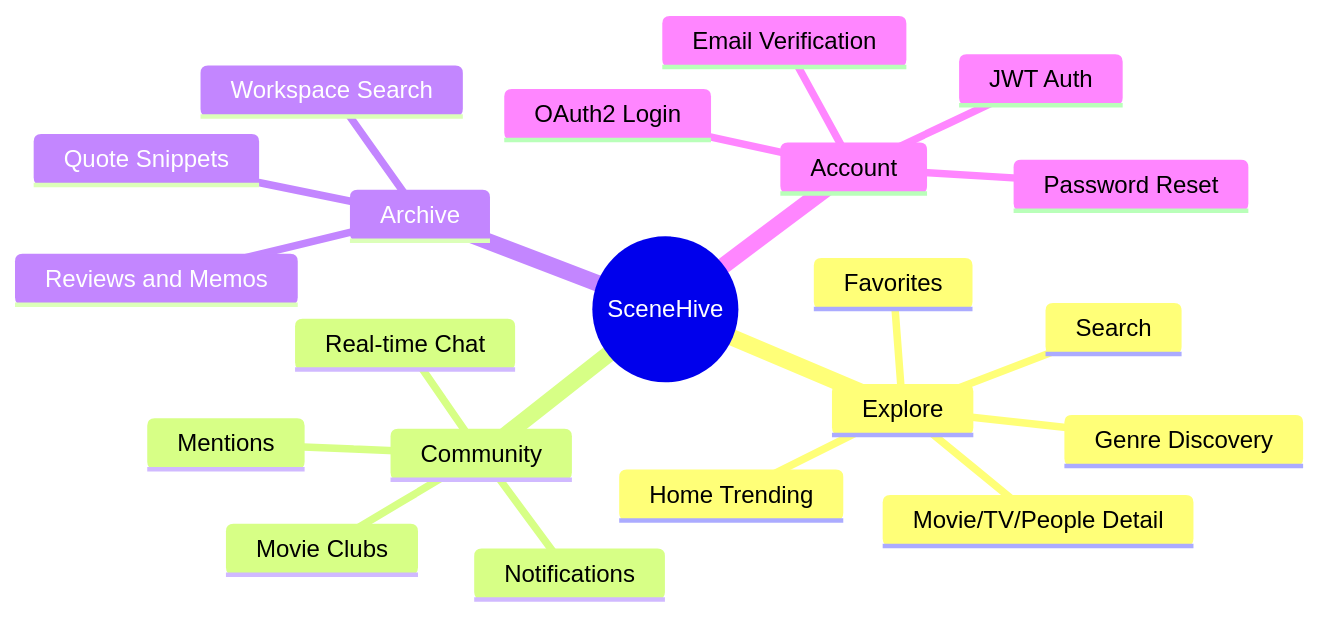
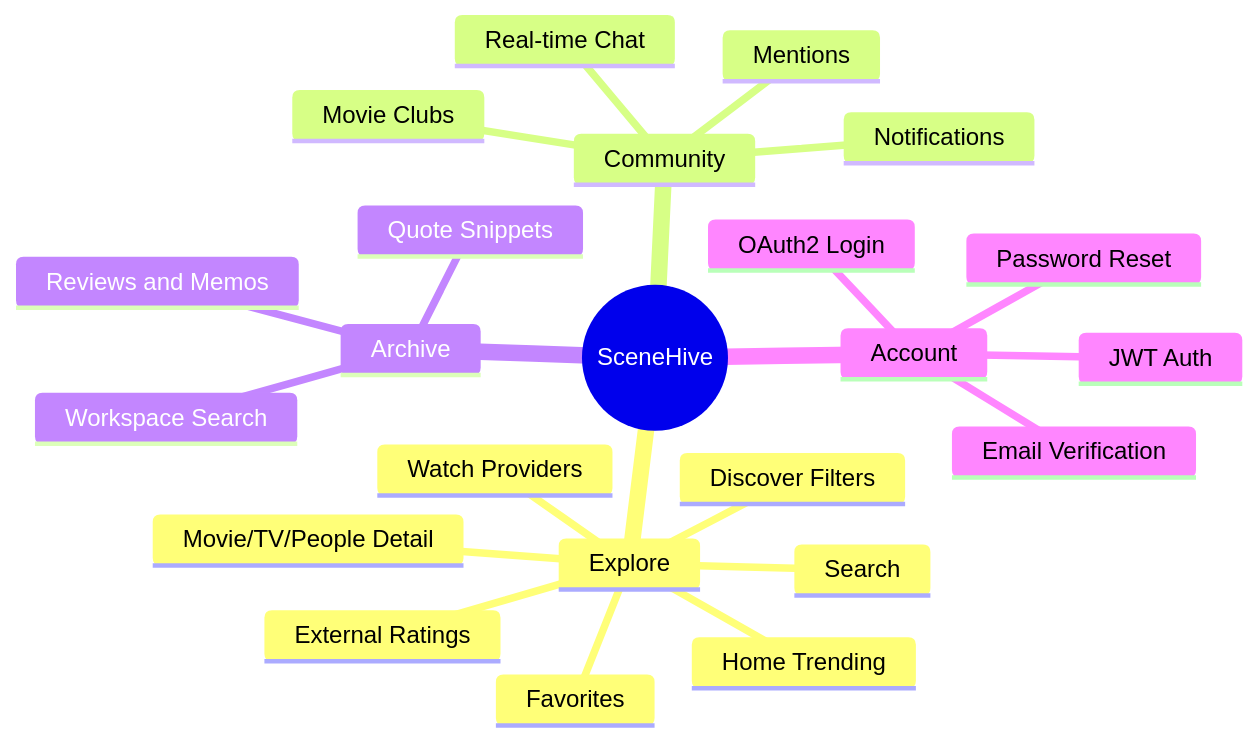
Before and after one commit to jdhert/SceneHive: the first of 8 diagrams in README.md, drawn with Mermaid. The commit also changed other lines of this file and 5 other files, not shown here.

````diff
--- a/README.md
+++ b/README.md
@@ -25,24 +26,26 @@
 ```mermaid
 mindmap
   root((SceneHive))
     Explore
       Home Trending
       Search
-      Genre Discovery
+      Discover Filters
       Movie/TV/People Detail
+      Watch Providers
+      External Ratings
       Favorites
     Community
       Movie Clubs
       Real-time Chat
       Mentions
       Notifications
     Archive
       Quote Snippets
       Reviews and Memos
       Workspace Search
     Account
       JWT Auth
       Email Verification
       Password Reset
       OAuth2 Login
 ```
````
